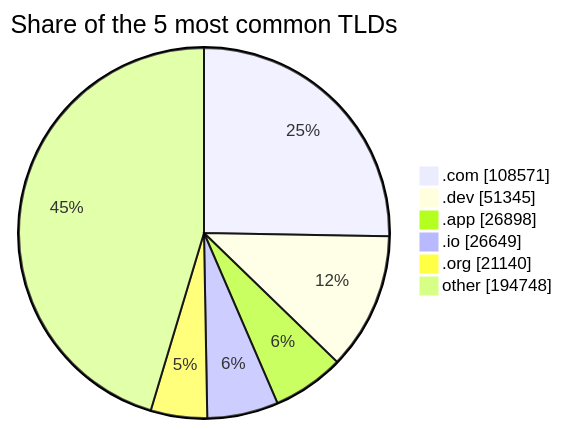
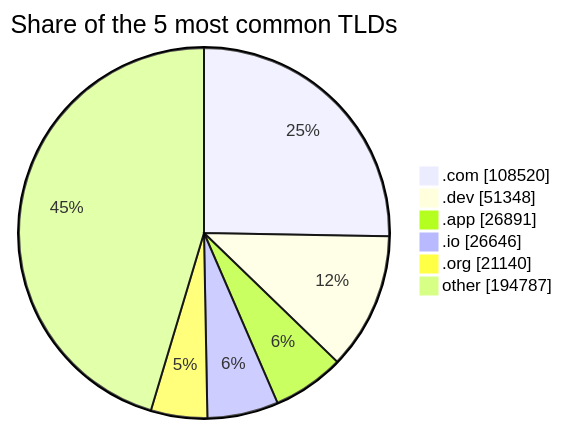
One commit to DNSBunker/CTI changed the third of 3 diagrams in README.md. Above: the diagram before and after it, drawn with Mermaid. The commit also changed other lines of this file and 3 other files, not shown here.

````diff
--- a/README.md
+++ b/README.md
@@ -81,9 +81,9 @@
 ```mermaid
 pie showData title Share of the 5 most common TLDs
-    ".com" : 108571
-    ".dev" : 51345
-    ".app" : 26898
-    ".io" : 26649
+    ".com" : 108520
+    ".dev" : 51348
+    ".app" : 26891
+    ".io" : 26646
     ".org" : 21140
-    "other" : 194748
+    "other" : 194787
 ```
````
